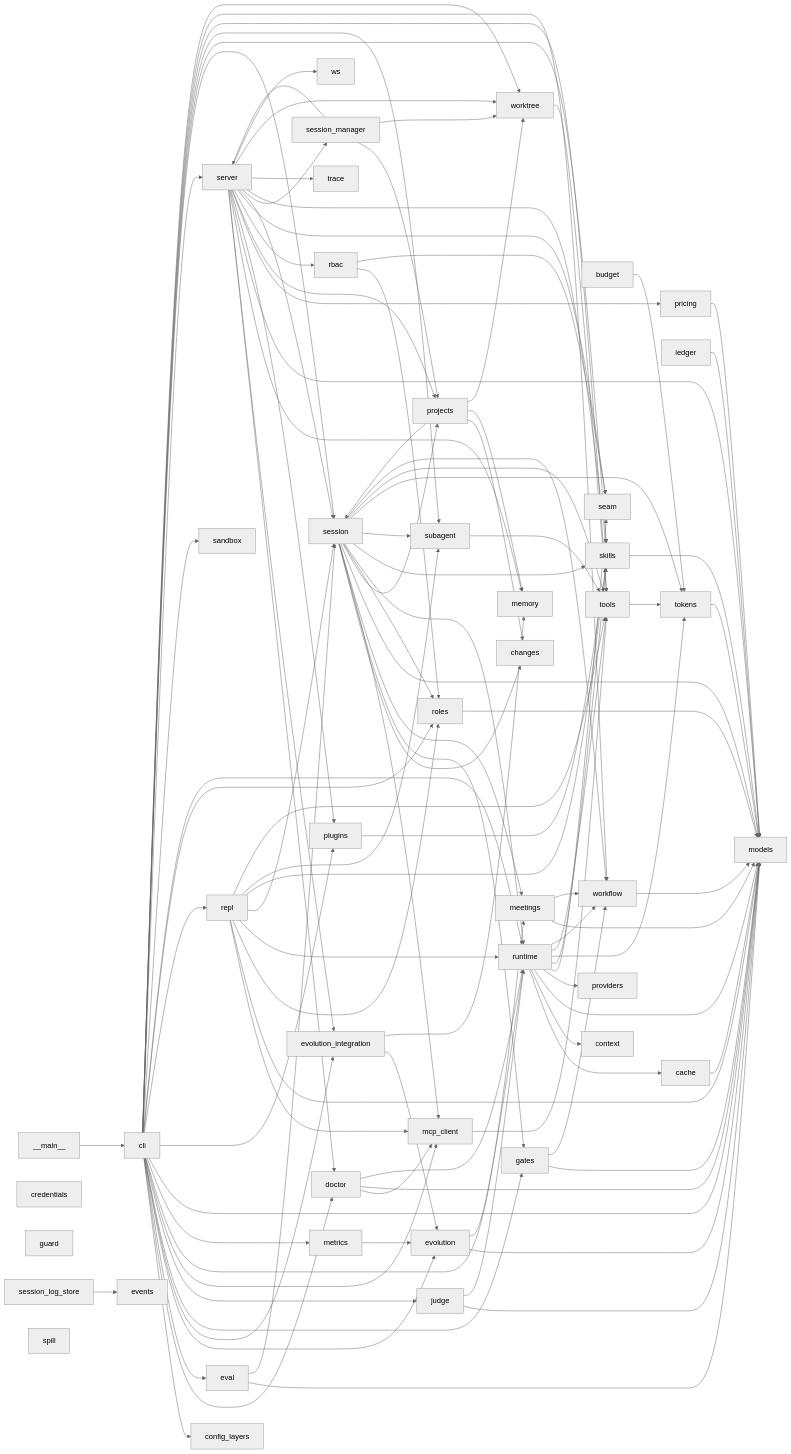
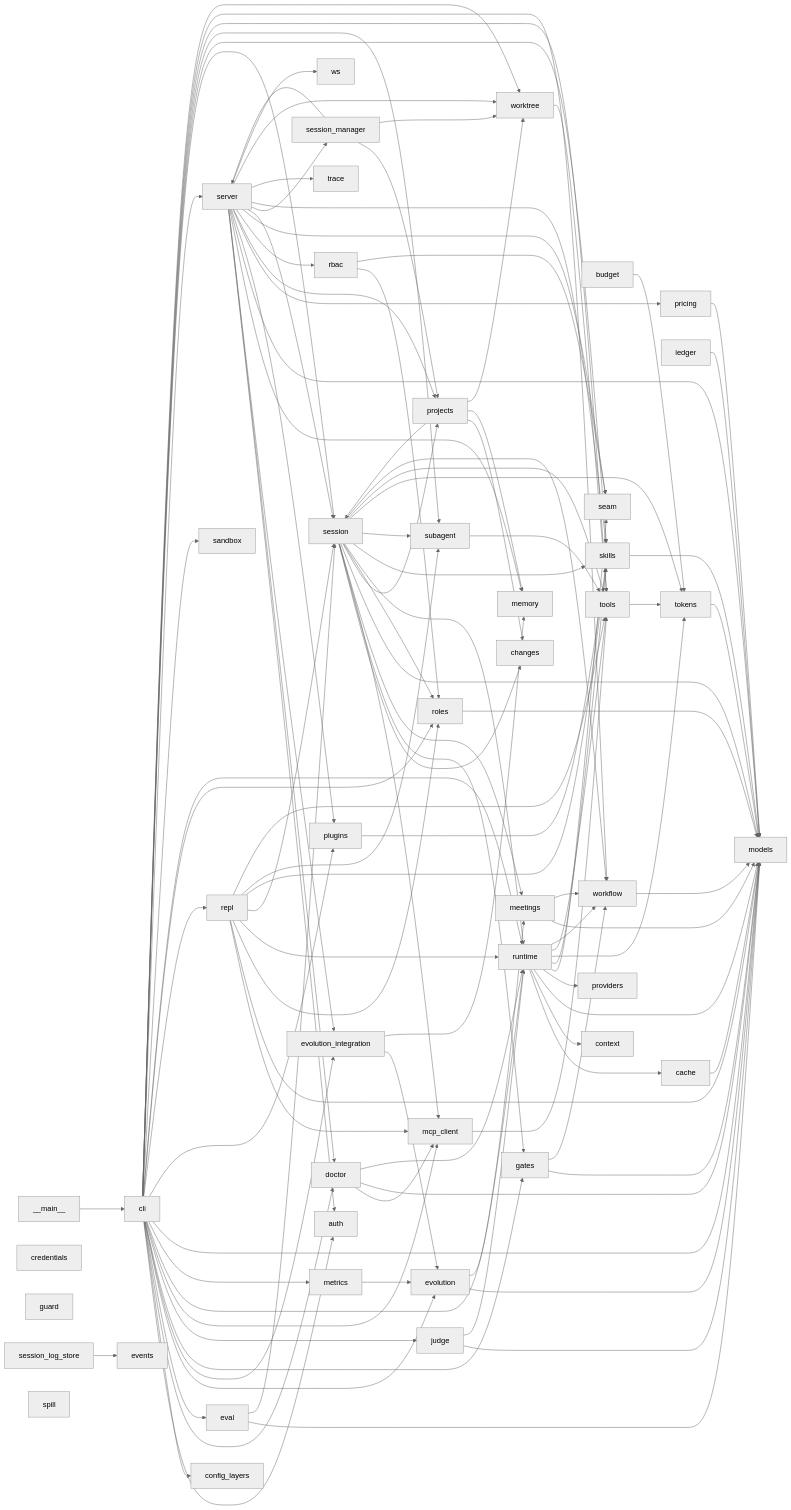
The diagram in docs/module-graph.md (Natsummerance/agent-cluster-runtime), drawn with Mermaid (neutral theme) before and after one commit. The commit also changed 14 other files, not shown here.

````diff
--- a/docs/module-graph.md
+++ b/docs/module-graph.md
@@ -5,6 +5,7 @@
 ```mermaid
 flowchart LR
     __main__[__main__]
+    auth[auth]
     budget[budget]
     cache[cache]
     changes[changes]
@@ -52,6 +53,7 @@
     __main__ --> cli
     budget --> tokens
     cache --> models
+    cli --> auth
     cli --> config_layers
     cli --> doctor
     cli --> eval
@@ -119,6 +121,7 @@
     runtime --> tokens
     runtime --> tools
     runtime --> workflow
+    server --> auth
     server --> doctor
     server --> evolution_integration
     server --> memory
````
